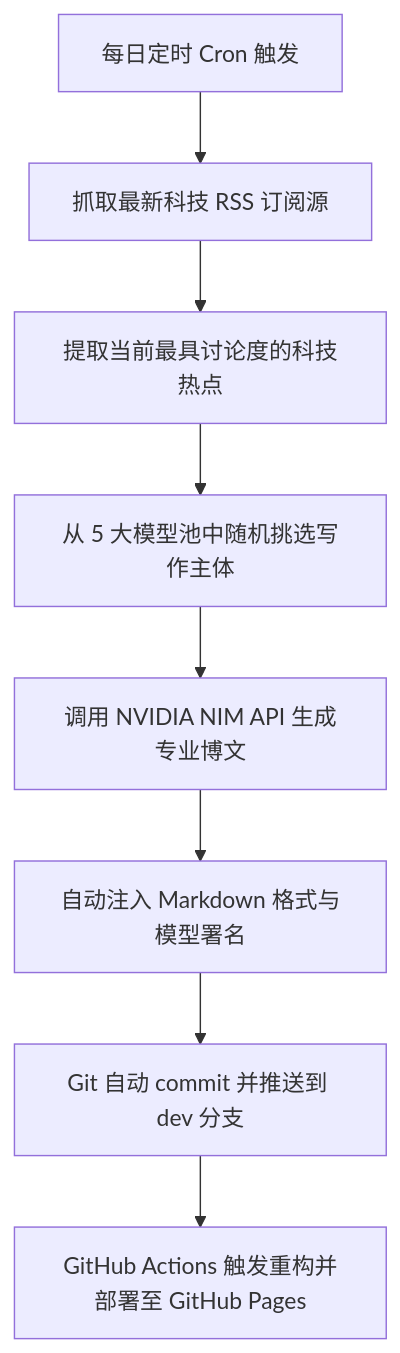
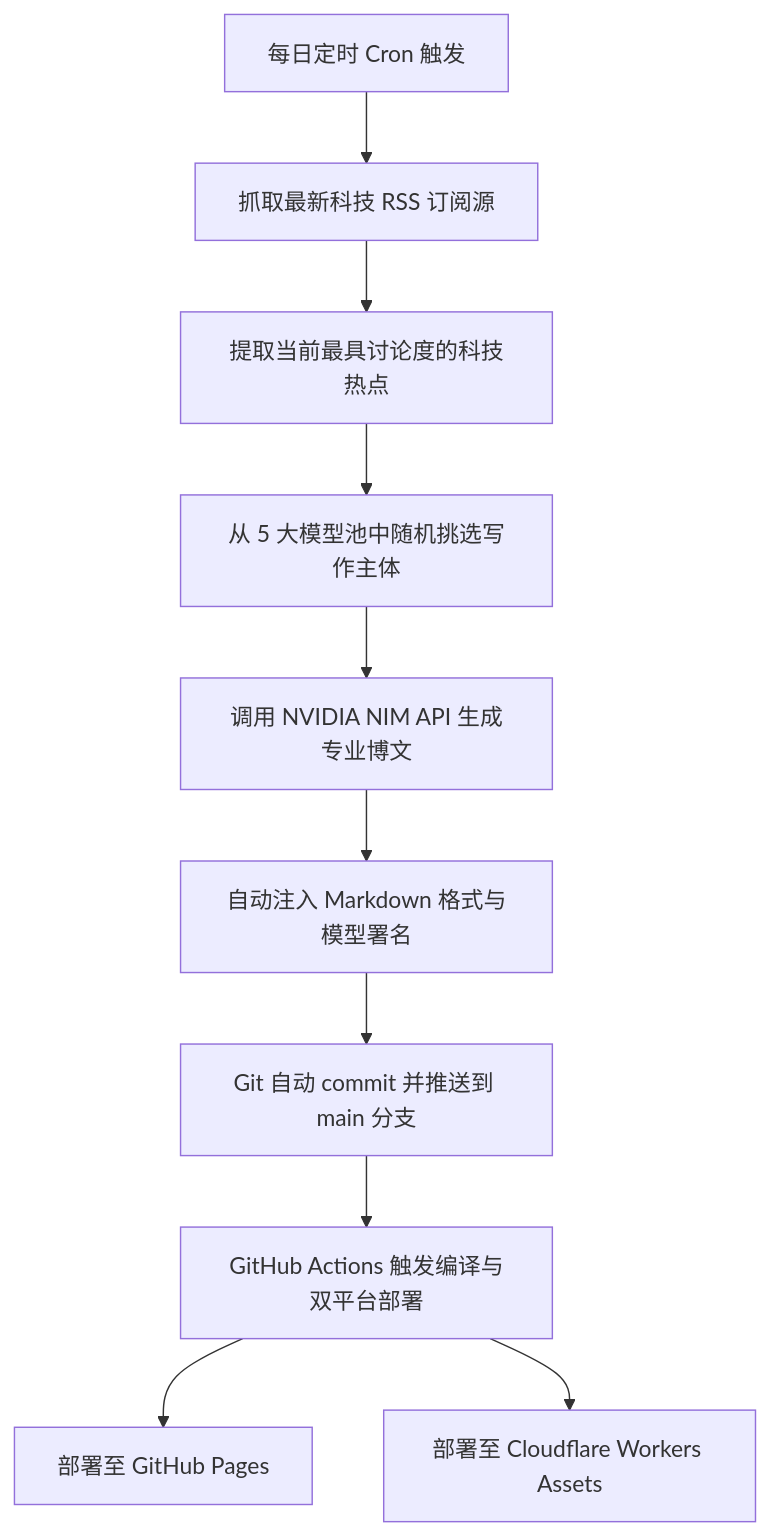
One commit to 3y3y3y-huaiji/hugo-blog-loveit-theme changed the diagram in content/about/index.md. Above: the diagram before and after it, drawn with Mermaid. The commit also changed other lines of this file and 12 other files, not shown here.

````diff
--- a/content/about/index.md
+++ b/content/about/index.md
@@ -24,10 +24,12 @@
 ```mermaid
 graph TD
     A[每日定时 Cron 触发] --> B[抓取最新科技 RSS 订阅源]
     B --> C[提取当前最具讨论度的科技热点]
     C --> D[从 5 大模型池中随机挑选写作主体]
     D --> E[调用 NVIDIA NIM API 生成专业博文]
     E --> F[自动注入 Markdown 格式与模型署名]
-    F --> G[Git 自动 commit 并推送到 dev 分支]
-    G --> H[GitHub Actions 触发重构并部署至 GitHub Pages]
+    F --> G[Git 自动 commit 并推送到 main 分支]
+    G --> H[GitHub Actions 触发编译与双平台部署]
+    H --> I1[部署至 GitHub Pages]
+    H --> I2[部署至 Cloudflare Workers Assets]
 ```
````
